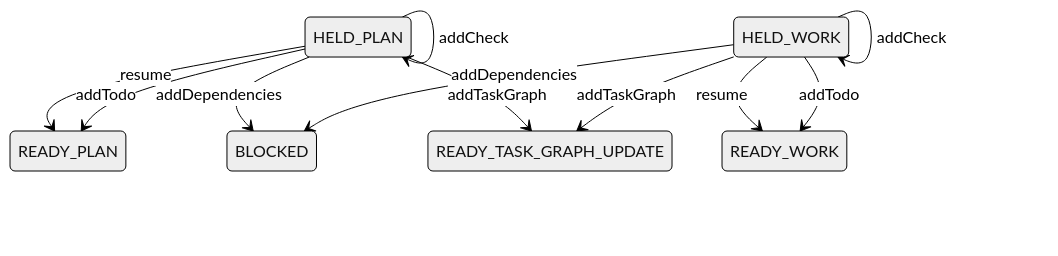
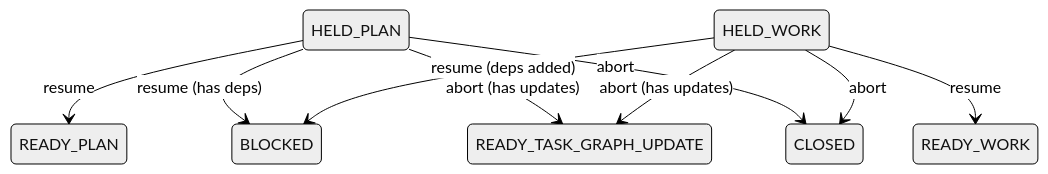
Before and after one commit to Pyrolistical/task-graph-template: the tenth of 11 diagrams in README.md, drawn with Mermaid (neutral theme). The commit also changed other lines of this file and 66 other files, not shown here.

````diff
--- a/README.md
+++ b/README.md
@@ -649,14 +287,12 @@
 ```mermaid
 stateDiagram-v2
-    HELD_PLAN --> HELD_PLAN : addCheck
     HELD_PLAN --> READY_PLAN : resume
-    HELD_PLAN --> READY_PLAN : addTodo
-    HELD_PLAN --> BLOCKED : addDependencies
-    HELD_PLAN --> READY_TASK_GRAPH_UPDATE : addTaskGraph
+    HELD_PLAN --> BLOCKED : resume (has deps)
+    HELD_PLAN --> READY_TASK_GRAPH_UPDATE : abort (has updates)
+    HELD_PLAN --> CLOSED : abort
 
-    HELD_WORK --> HELD_WORK : addCheck
     HELD_WORK --> READY_WORK : resume
-    HELD_WORK --> READY_WORK : addTodo
-    HELD_WORK --> BLOCKED : addDependencies
-    HELD_WORK --> READY_TASK_GRAPH_UPDATE : addTaskGraph
+    HELD_WORK --> BLOCKED : resume (deps added)
+    HELD_WORK --> READY_TASK_GRAPH_UPDATE : abort (has updates)
+    HELD_WORK --> CLOSED : abort
 ```
````
